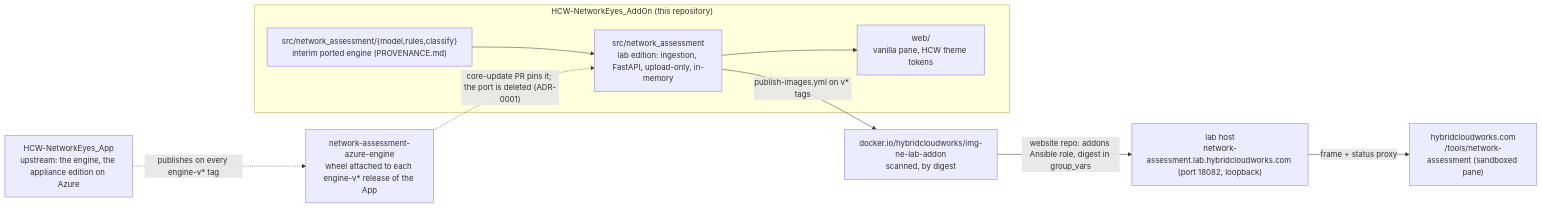
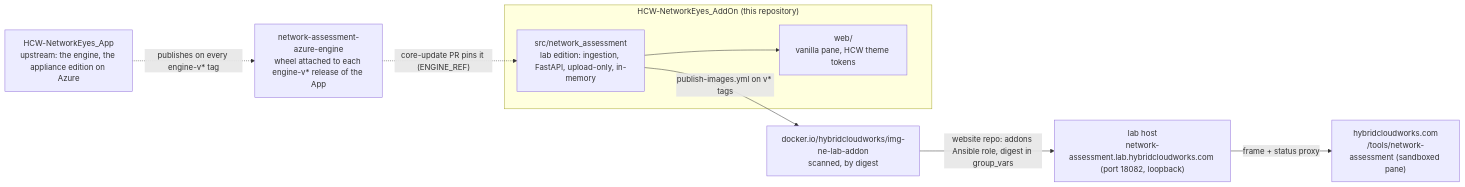
One commit to saulpatinojr/HCW-NetworkEyes_AddOn changed the diagram in README.md. Above: the diagram before and after it, drawn with Mermaid. The commit also changed other lines of this file and 56 other files, not shown here.

First line of the commit message:
engine: remove the interim port; the wheel is the only engine (#88)

````diff
--- a/README.md
+++ b/README.md
@@ -33,19 +32,18 @@
 ```mermaid
 flowchart LR
   Core["HCW-NetworkEyes_App<br/>upstream: the engine, the appliance edition on Azure"]
   Wheel["network-assessment-azure-engine<br/>wheel attached to each engine-v* release of the App"]
   subgraph AddOn["HCW-NetworkEyes_AddOn (this repository)"]
-    Port["src/network_assessment/{model,rules,classify}<br/>interim ported engine (PROVENANCE.md)"]
     Lab["src/network_assessment<br/>lab edition: ingestion, FastAPI, upload-only, in-memory"]
     Pane["web/<br/>vanilla pane, HCW theme tokens"]
-    Port --> Lab --> Pane
+    Lab --> Pane
   end
   Image["docker.io/hybridcloudworks/img-ne-lab-addon<br/>scanned, by digest"]
   Host["lab host<br/>network-assessment.lab.hybridcloudworks.com (port 18082, loopback)"]
   Site["hybridcloudworks.com<br/>/tools/network-assessment (sandboxed pane)"]
   Core -. "publishes on every engine-v* tag" .-> Wheel
-  Wheel -. "core-update PR pins it; the port is deleted (ADR-0001)" .-> Lab
+  Wheel -. "core-update PR pins it (ENGINE_REF)" .-> Lab
   Lab -- "publish-images.yml on v* tags" --> Image
   Image -- "website repo: addons Ansible role, digest in group_vars" --> Host
   Host -- "frame + status proxy" --> Site
 ```
````
